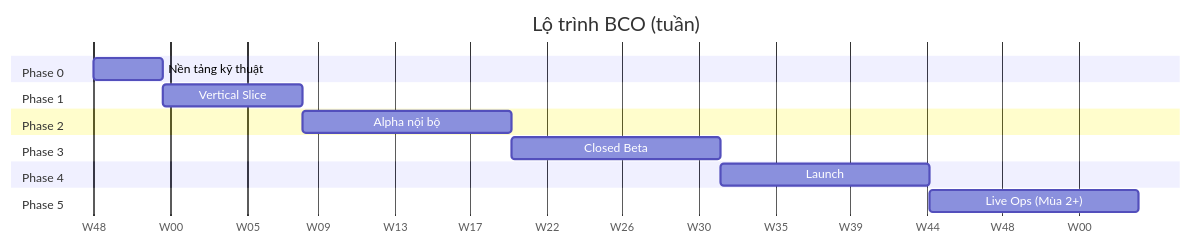
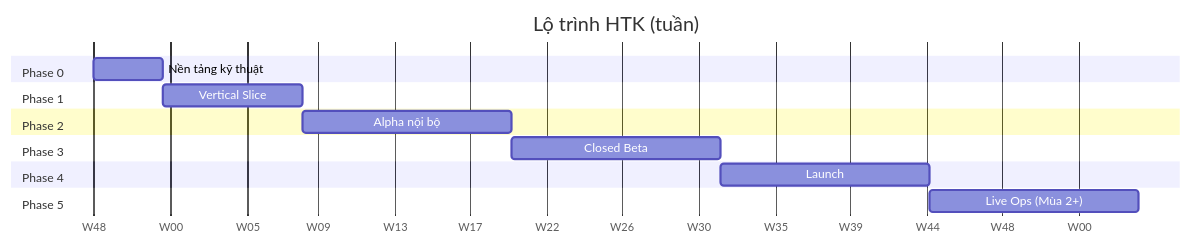
The diagram in docs/product/roadmap.md (thehuygnouhk/game-2d), drawn with Mermaid before and after one commit. The commit also changed other lines of this file and 35 other files, not shown here.

````diff
--- a/docs/product/roadmap.md
+++ b/docs/product/roadmap.md
@@ -18,18 +18,18 @@
 ```mermaid
 gantt
-    title Lộ trình BCO (tuần)
+    title Lộ trình HTK (tuần)
     dateFormat  YYYY-MM-DD
     axisFormat  W%W
     section Phase 0
     Nền tảng kỹ thuật          :p0, 2026-12-01, 4w
     section Phase 1
     Vertical Slice             :p1, after p0, 8w
     section Phase 2
     Alpha nội bộ               :p2, after p1, 12w
     section Phase 3
     Closed Beta                :p3, after p2, 12w
     section Phase 4
     Launch                     :p4, after p3, 12w
     section Phase 5
     Live Ops (Mùa 2+)          :p5, after p4, 12w
 ```
````
